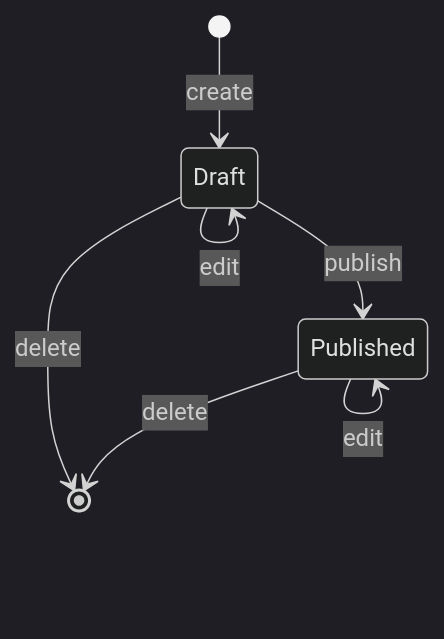
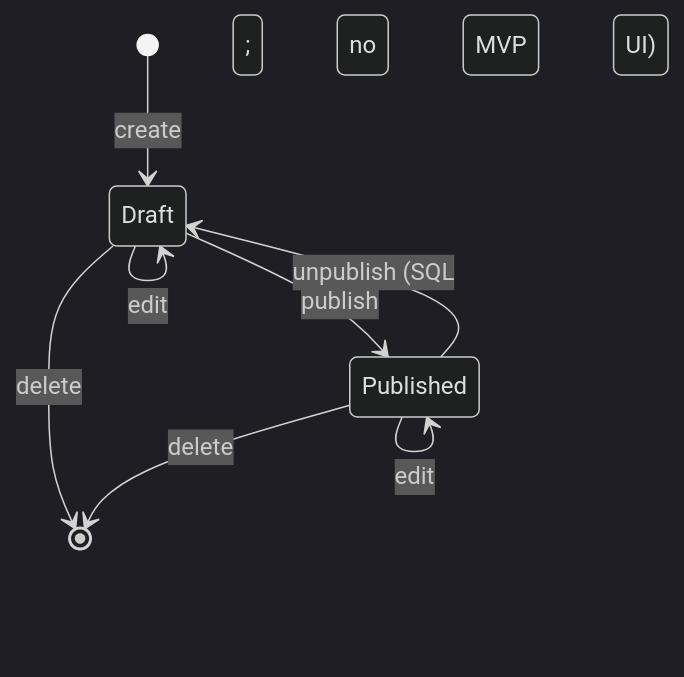
One commit to tofucode-dev/watch-bldrs changed the first of 2 diagrams in context/foundation/architecture/security.md. Above: the diagram before and after it, drawn with Mermaid (dark theme). The commit also changed other lines of this file and 10 other files, not shown here.

Commit message:
docs: F-01 after plan review specs and roadmap adjusmtents

````diff
--- a/context/foundation/architecture/security.md
+++ b/context/foundation/architecture/security.md
@@ -34,9 +34,10 @@
 ```mermaid
 stateDiagram-v2
     [*] --> Draft: create
     Draft --> Draft: edit
     Draft --> Published: publish
     Draft --> [*]: delete
     Published --> Published: edit
+    Published --> Draft: unpublish (SQL; no MVP UI)
     Published --> [*]: delete
 ```
````
